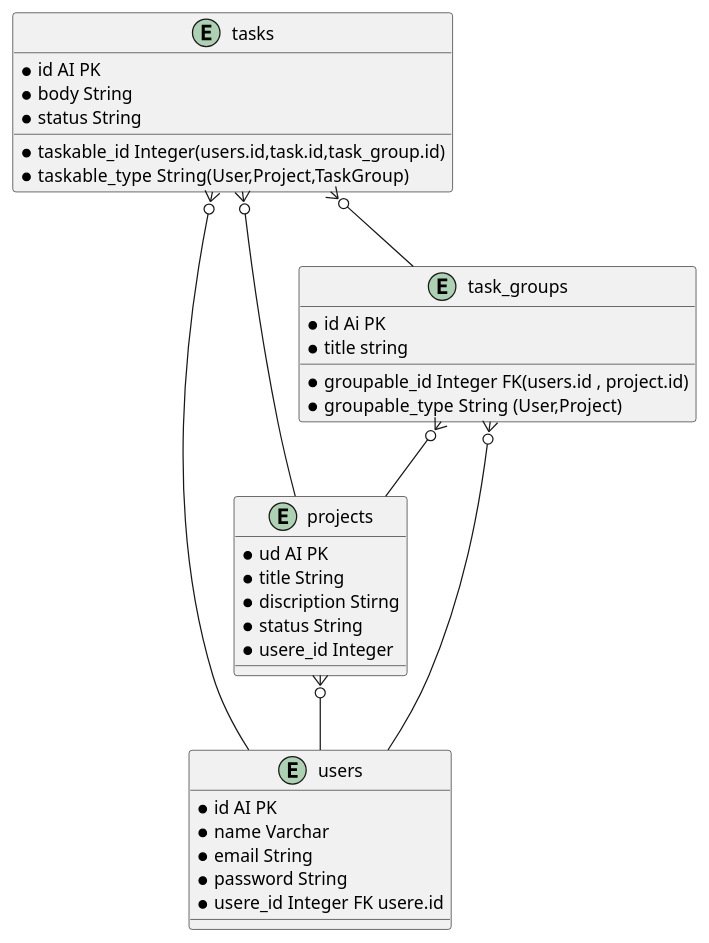
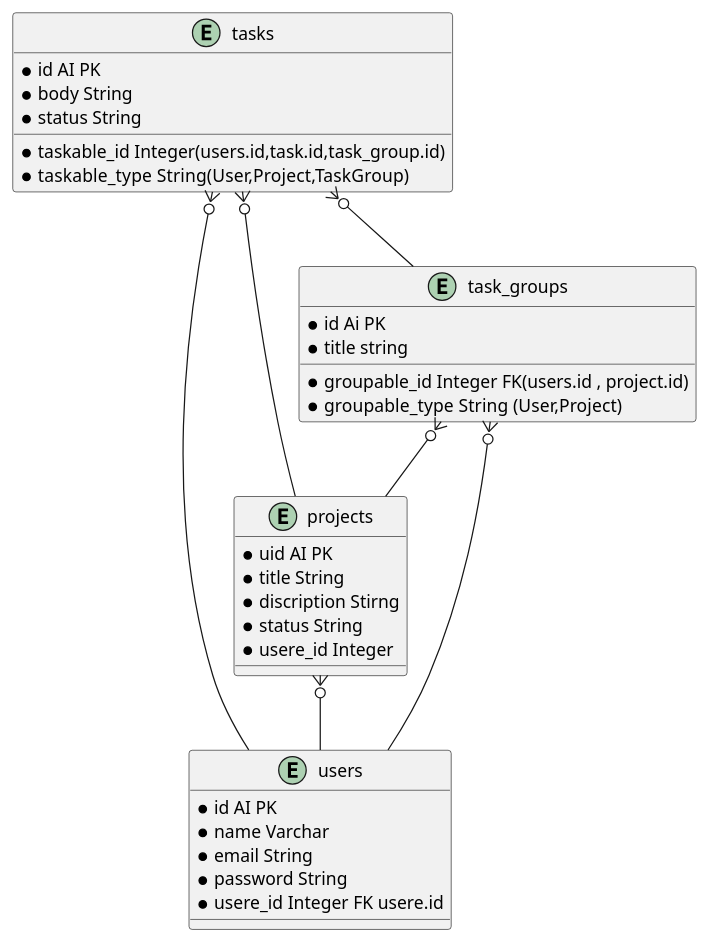
The diagram in erd.wsd (ElNumany/JTask), drawn with PlantUML before and after one commit.

```diff
--- a/erd.wsd
+++ b/erd.wsd
@@ -1,43 +1,43 @@
 @startuml jTask_ERd
 entity users{
     *id AI PK 
     *name Varchar
     *email String 
     *password String
     *usere_id Integer FK usere.id
 
 }
 entity projects{
-    *ud AI PK
+    *uid AI PK
     *title String
     *discription Stirng 
     *status String
     *    usere_id Integer
 
 
 }
 entity task_groups{
     * id Ai PK 
     * title string 
     * groupable_id Integer FK(users.id , project.id)
     * groupable_type String (User,Project)
 
 }
 entity tasks{
     *id AI PK
     *body String 
     *status String
     *taskable_id Integer(users.id,task.id,task_group.id)
     *taskable_type String(User,Project,TaskGroup)
 
 
 }
 tasks }o-- users
 tasks }o-- projects
 projects }o-- users
 task_groups }o-- users
 task_groups }o-- projects
 tasks }o-- task_groups
 
 
 @enduml
```
